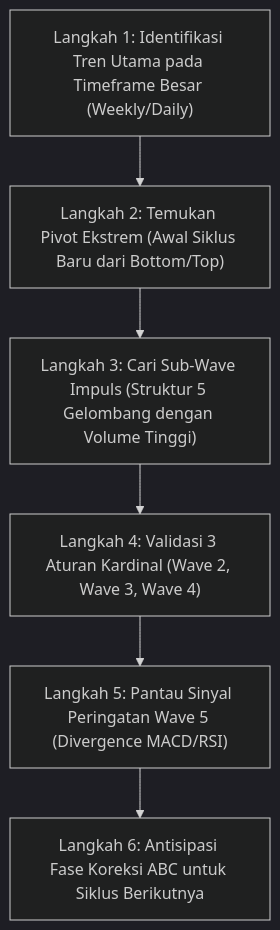
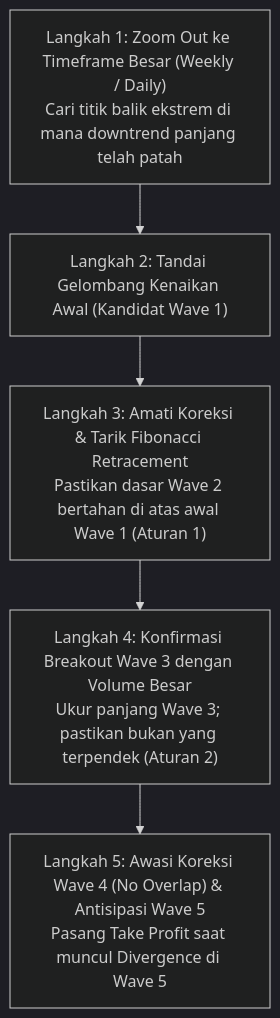
Before and after one commit to AlulCode45/Trading-Learning-Path: the fifth of 5 diagrams in docs/edianto-ong/22-elliott-wave-theory.md, drawn with Mermaid (dark theme). The commit also changed other lines of this file and 29 other files, not shown here.

Commit message:
docs(edianto-ong): upgrade all 29 chapters with beginner analogies, diagrams, step-by-step guides, and case studies

````diff
--- a/docs/edianto-ong/22-elliott-wave-theory.md
+++ b/docs/edianto-ong/22-elliott-wave-theory.md
@@ -113,8 +139,7 @@
 ```mermaid
 flowchart TD
-    Step1["Langkah 1: Identifikasi Tren Utama pada Timeframe Besar (Weekly/Daily)"] --> Step2["Langkah 2: Temukan Pivot Ekstrem (Awal Siklus Baru dari Bottom/Top)"]
-    Step2 --> Step3["Langkah 3: Cari Sub-Wave Impuls (Struktur 5 Gelombang dengan Volume Tinggi)"]
-    Step3 --> Step4["Langkah 4: Validasi 3 Aturan Kardinal (Wave 2, Wave 3, Wave 4)"]
-    Step4 --> Step5["Langkah 5: Pantau Sinyal Peringatan Wave 5 (Divergence MACD/RSI)"]
-    Step5 --> Step6["Langkah 6: Antisipasi Fase Koreksi ABC untuk Siklus Berikutnya"]
+    S1["Langkah 1: Zoom Out ke Timeframe Besar (Weekly / Daily)<br/>Cari titik balik ekstrem di mana downtrend panjang telah patah"] --> S2["Langkah 2: Tandai Gelombang Kenaikan Awal (Kandidat Wave 1)"]
+    S2 --> S3["Langkah 3: Amati Koreksi & Tarik Fibonacci Retracement<br/>Pastikan dasar Wave 2 bertahan di atas awal Wave 1 (Aturan 1)"]
+    S3 --> S4["Langkah 4: Konfirmasi Breakout Wave 3 dengan Volume Besar<br/>Ukur panjang Wave 3; pastikan bukan yang terpendek (Aturan 2)"]
+    S4 --> S5["Langkah 5: Awasi Koreksi Wave 4 (No Overlap) & Antisipasi Wave 5<br/>Pasang Take Profit saat muncul Divergence di Wave 5"]
 ```
````
